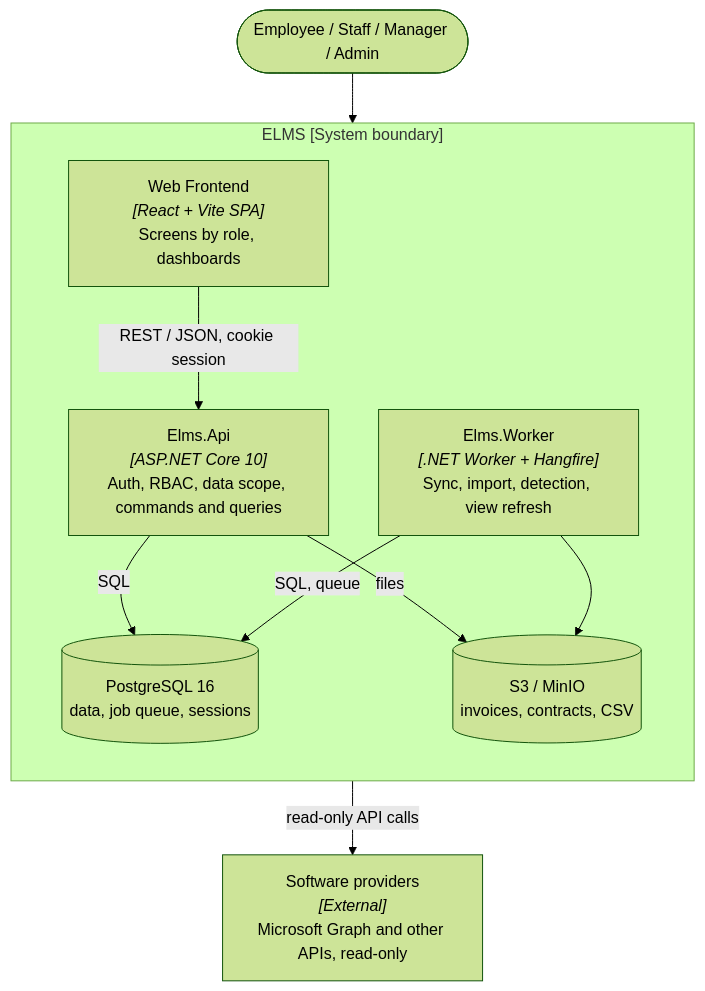
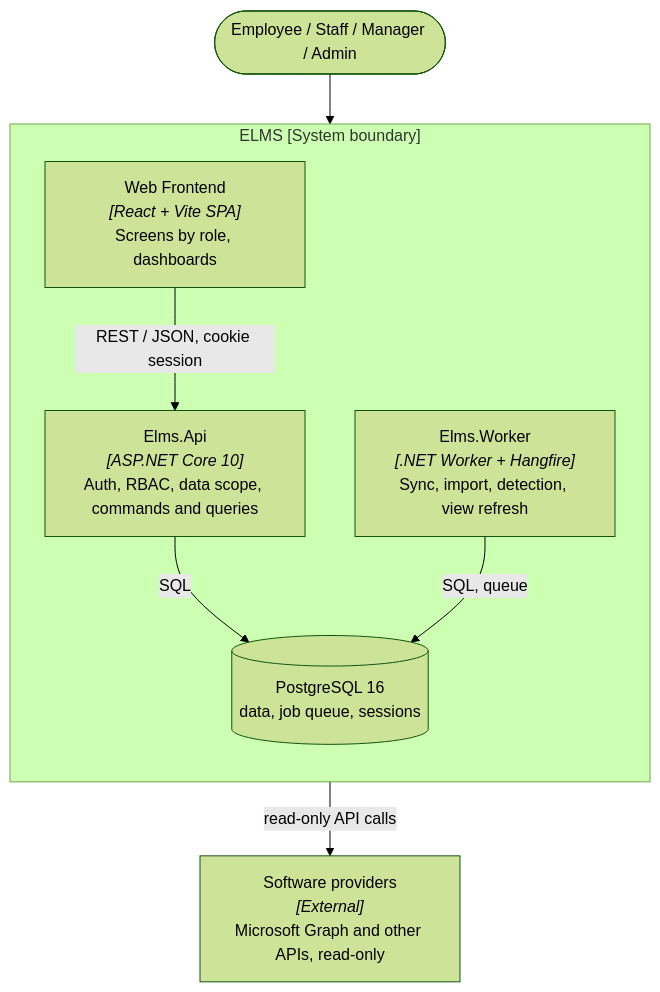
Before and after one commit to cuonglpv/VFast: the diagram in docs/05-folder-structure.md, drawn with Mermaid (forest theme). The commit also changed other lines of this file and 1 other file, not shown here.

Commit message:
docs: remove file storage references from architecture documentation

````diff
--- a/docs/05-folder-structure.md
+++ b/docs/05-folder-structure.md
@@ -68,20 +67,17 @@
 ```mermaid
 flowchart TB
     people(["Employee / Staff / Manager / Admin"])
     providers["Software providers<br/><i>[External]</i><br/>Microsoft Graph and other APIs, read-only"]
     subgraph platform["ELMS [System boundary]"]
         direction TB
         web["Web Frontend<br/><i>[React + Vite SPA]</i><br/>Screens by role, dashboards"]
         api["Elms.Api<br/><i>[ASP.NET Core 10]</i><br/>Auth, RBAC, data scope, commands and queries"]
         worker["Elms.Worker<br/><i>[.NET Worker + Hangfire]</i><br/>Sync, import, detection, view refresh"]
         db[("PostgreSQL 16<br/>data, job queue, sessions")]
-        files[("S3 / MinIO<br/>invoices, contracts, CSV")]
     end
     people --> web
     web -- "REST / JSON, cookie session" --> api
     api -- "SQL" --> db
-    api -- "files" --> files
     worker -- "SQL, queue" --> db
     worker -- "read-only API calls" --> providers
-    worker --> files
 ```
````
